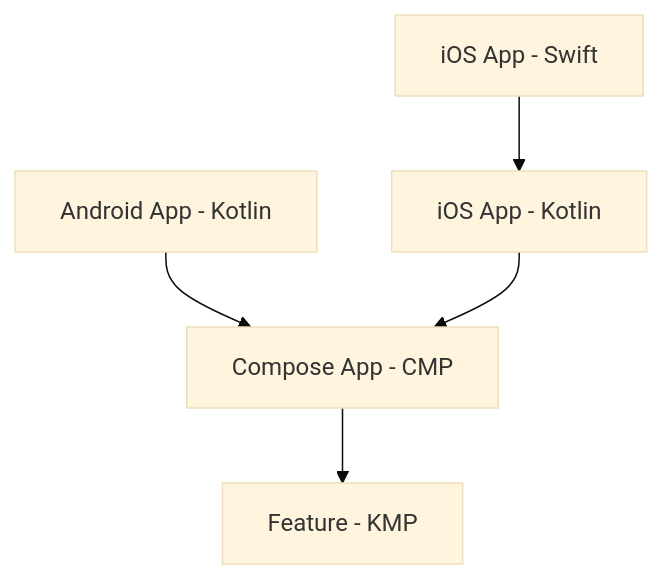
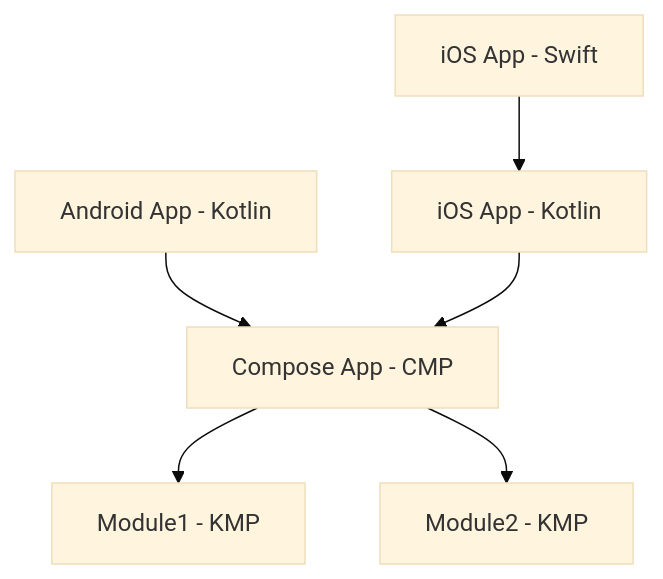
The diagram in README.md (enirsilvaferraz/MyKoinCMPApplication), drawn with Mermaid (base theme) before and after one commit. The commit also changed other lines of this file, not shown here.

````diff
--- a/README.md
+++ b/README.md
@@ -28,13 +87,15 @@
 ```mermaid
 flowchart TD
     androidApp[Android App - Kotlin]
     iosApp[iOS App - Swift]
     iosFramework[iOS App - Kotlin]
     composeApp[Compose App - CMP]
-    module1[Feature - KMP]
+    module1[Module1 - KMP]
+    module2[Module2 - KMP]
 
     androidApp --> composeApp
     iosApp --> iosFramework
     iosFramework --> composeApp
     composeApp --> module1
+    composeApp --> module2
 ```
````
